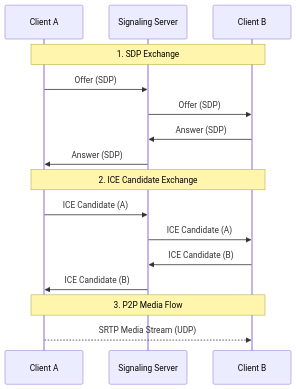
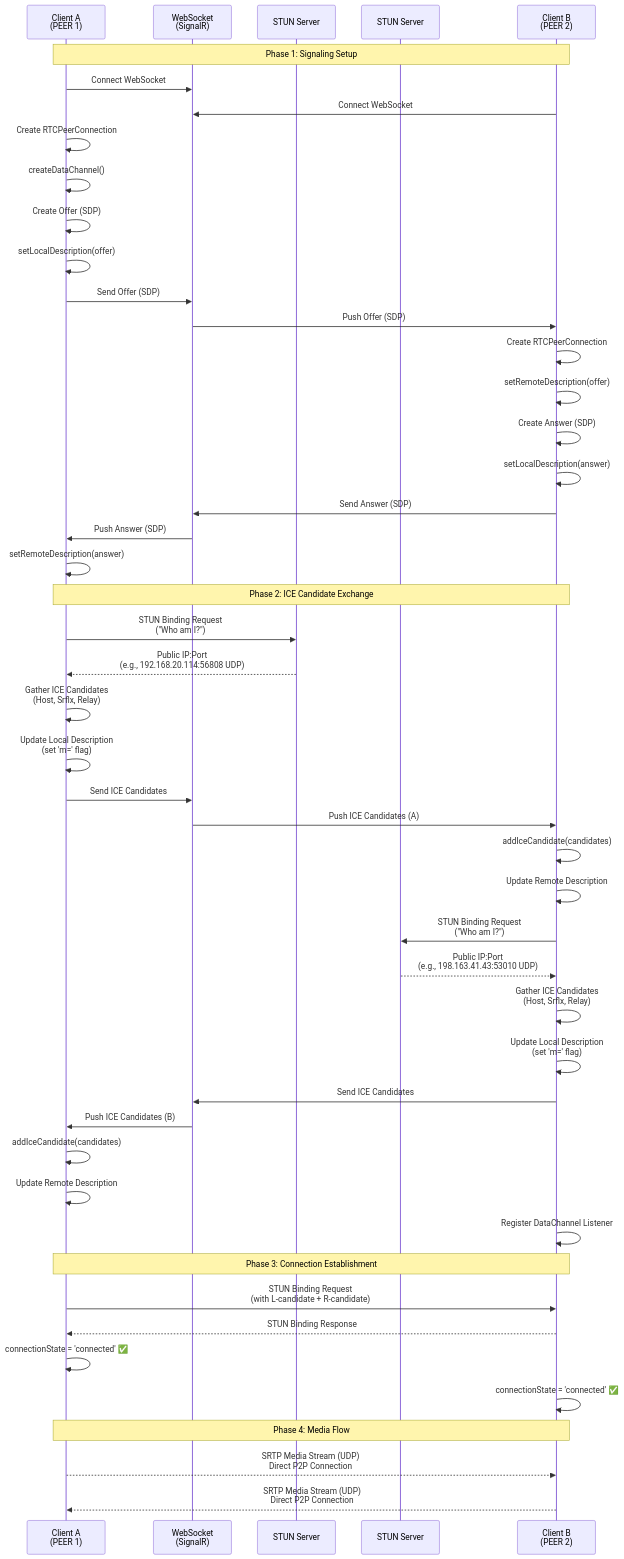
The second of 2 diagrams in docs/02_System-Design-Overview.md (Swamy-s-Tech-Skills-Academy-2026/smart-video-communications), drawn with Mermaid before and after one commit. The commit also changed other lines of this file, not shown here.

````diff
--- a/docs/02_System-Design-Overview.md
+++ b/docs/02_System-Design-Overview.md
@@ -287,21 +307,56 @@
 ```mermaid
 sequenceDiagram
-    participant A as Client A
-    participant S as Signaling Server
-    participant B as Client B
+    participant A as Client A<br/>(PEER 1)
+    participant WS as WebSocket<br/>(SignalR)
+    participant STUN1 as STUN Server
+    participant STUN2 as STUN Server
+    participant B as Client B<br/>(PEER 2)
     
-    Note over A, B: 1. SDP Exchange
-    A->>S: Offer (SDP)
-    S->>B: Offer (SDP)
-    B->>S: Answer (SDP)
-    S->>A: Answer (SDP)
+    Note over A,B: Phase 1: Signaling Setup
+    A->>WS: Connect WebSocket
+    B->>WS: Connect WebSocket
     
-    Note over A, B: 2. ICE Candidate Exchange
-    A->>S: ICE Candidate (A)
-    S->>B: ICE Candidate (A)
-    B->>S: ICE Candidate (B)
-    S->>A: ICE Candidate (B)
+    A->>A: Create RTCPeerConnection
+    A->>A: createDataChannel()
+    A->>A: Create Offer (SDP)
+    A->>A: setLocalDescription(offer)
+    A->>WS: Send Offer (SDP)
+    WS->>B: Push Offer (SDP)
+    B->>B: Create RTCPeerConnection
+    B->>B: setRemoteDescription(offer)
+    B->>B: Create Answer (SDP)
+    B->>B: setLocalDescription(answer)
+    B->>WS: Send Answer (SDP)
+    WS->>A: Push Answer (SDP)
+    A->>A: setRemoteDescription(answer)
     
-    Note over A, B: 3. P2P Media Flow
-    A-->>B: SRTP Media Stream (UDP)
+    Note over A,B: Phase 2: ICE Candidate Exchange
+    A->>STUN1: STUN Binding Request<br/>("Who am I?")
+    STUN1-->>A: Public IP:Port<br/>(e.g., 192.168.20.114:56808 UDP)
+    A->>A: Gather ICE Candidates<br/>(Host, Srflx, Relay)
+    A->>A: Update Local Description<br/>(set 'm=' flag)
+    A->>WS: Send ICE Candidates
+    WS->>B: Push ICE Candidates (A)
+    B->>B: addIceCandidate(candidates)
+    B->>B: Update Remote Description
+    
+    B->>STUN2: STUN Binding Request<br/>("Who am I?")
+    STUN2-->>B: Public IP:Port<br/>(e.g., 198.163.41.43:53010 UDP)
+    B->>B: Gather ICE Candidates<br/>(Host, Srflx, Relay)
+    B->>B: Update Local Description<br/>(set 'm=' flag)
+    B->>WS: Send ICE Candidates
+    WS->>A: Push ICE Candidates (B)
+    A->>A: addIceCandidate(candidates)
+    A->>A: Update Remote Description
+    B->>B: Register DataChannel Listener
+    
+    Note over A,B: Phase 3: Connection Establishment
+    A->>B: STUN Binding Request<br/>(with L-candidate + R-candidate)
+    B-->>A: STUN Binding Response
+    A->>A: connectionState = 'connected' ✅
+    B->>B: connectionState = 'connected' ✅
+    
+    Note over A,B: Phase 4: Media Flow
+    A-->>B: SRTP Media Stream (UDP)<br/>Direct P2P Connection
+    B-->>A: SRTP Media Stream (UDP)<br/>Direct P2P Connection
 ```
````
